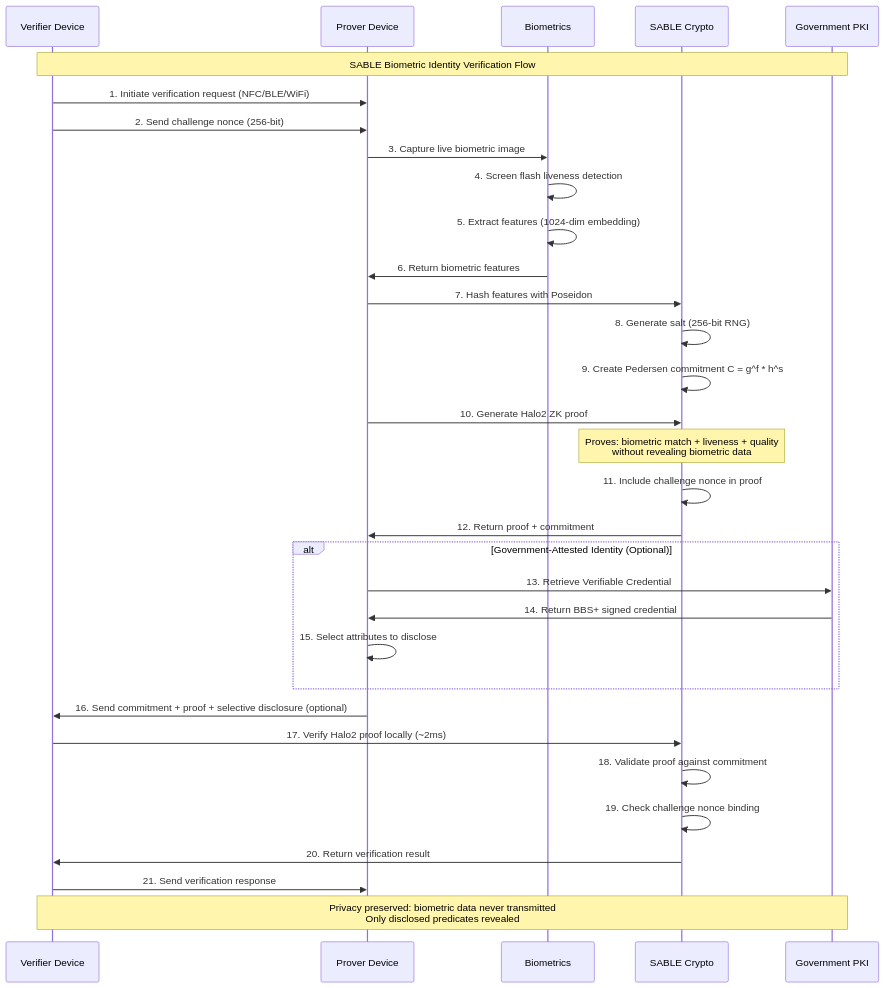
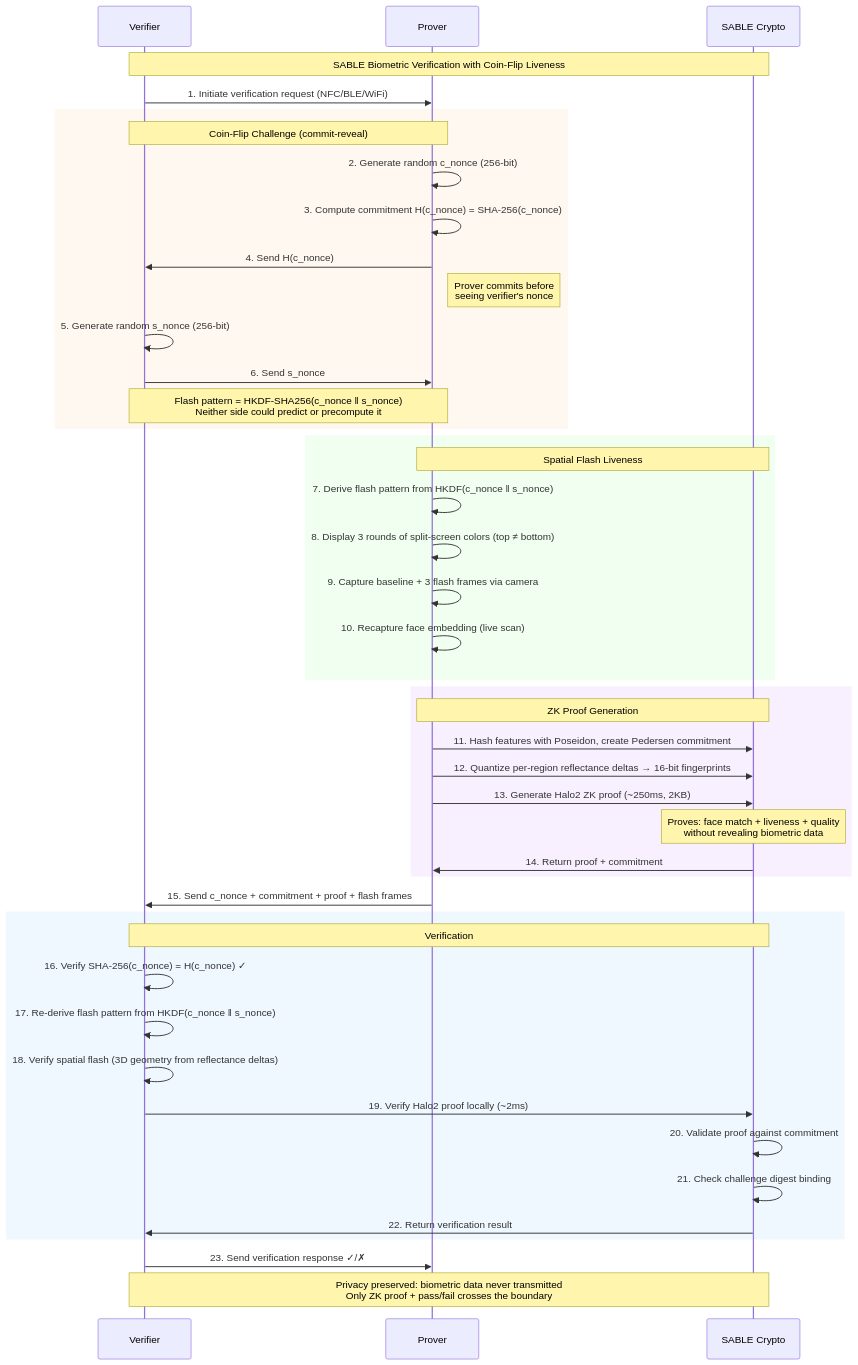
Before and after one commit to anuna-research/sable: the diagram in README.md, drawn with Mermaid. The commit also changed other lines of this file, not shown here.

Commit message:
docs: update README swimlanes to reflect coin-flip liveness protocol
Replace the generic single-nonce challenge flow with the actual
commit-reveal protocol: prover commits H(c_nonce) before seeing
s_nonce, both derive the flash pattern via HKDF, and the verifier
independently re-derives and checks the spatial flash response.

````diff
--- a/README.md
+++ b/README.md
@@ -208,43 +210,55 @@
 ```mermaid
 sequenceDiagram
-    participant V as Verifier Device
-    participant P as Prover Device
-    participant PB as Biometrics
+    participant V as Verifier
+    participant P as Prover
     participant SC as SABLE Crypto
-    participant PKI as Government PKI
 
-    Note over V,PKI: SABLE Biometric Identity Verification Flow
+    Note over V,SC: SABLE Biometric Verification with Coin-Flip Liveness
 
     V->>P: 1. Initiate verification request (NFC/BLE/WiFi)
-    V->>P: 2. Send challenge nonce (256-bit)
 
-    P->>PB: 3. Capture live biometric image
-    PB->>PB: 4. Screen flash liveness detection
-    PB->>PB: 5. Extract features (1024-dim embedding)
-    PB->>P: 6. Return biometric features
-
-    P->>SC: 7. Hash features with Poseidon
-    SC->>SC: 8. Generate salt (256-bit RNG)
-    SC->>SC: 9. Create Pedersen commitment C = g^f * h^s
-
-    P->>SC: 10. Generate Halo2 ZK proof
-    Note over SC: Proves: biometric match + liveness + quality<br/>without revealing biometric data
-    SC->>SC: 11. Include challenge nonce in proof
-    SC->>P: 12. Return proof + commitment
-
-    alt Government-Attested Identity (Optional)
-        P->>PKI: 13. Retrieve Verifiable Credential
-        PKI->>P: 14. Return BBS+ signed credential
-        P->>P: 15. Select attributes to disclose
+    rect rgb(255, 248, 240)
+    Note over V,P: Coin-Flip Challenge (commit-reveal)
+    P->>P: 2. Generate random c_nonce (256-bit)
+    P->>P: 3. Compute commitment H(c_nonce) = SHA-256(c_nonce)
+    P->>V: 4. Send H(c_nonce)
+    Note right of P: Prover commits before<br/>seeing verifier's nonce
+    V->>V: 5. Generate random s_nonce (256-bit)
+    V->>P: 6. Send s_nonce
+    Note over V,P: Flash pattern = HKDF-SHA256(c_nonce ‖ s_nonce)<br/>Neither side could predict or precompute it
     end
 
-    P->>V: 16. Send commitment + proof + selective disclosure (optional)
-    V->>SC: 17. Verify Halo2 proof locally (~2ms)
-    SC->>SC: 18. Validate proof against commitment
-    SC->>SC: 19. Check challenge nonce binding
-    SC->>V: 20. Return verification result
+    rect rgb(240, 255, 240)
+    Note over P,SC: Spatial Flash Liveness
+    P->>P: 7. Derive flash pattern from HKDF(c_nonce ‖ s_nonce)
+    P->>P: 8. Display 3 rounds of split-screen colors (top ≠ bottom)
+    P->>P: 9. Capture baseline + 3 flash frames via camera
+    P->>P: 10. Recapture face embedding (live scan)
+    end
 
-    V->>P: 21. Send verification response
+    rect rgb(248, 240, 255)
+    Note over P,SC: ZK Proof Generation
+    P->>SC: 11. Hash features with Poseidon, create Pedersen commitment
+    P->>SC: 12. Quantize per-region reflectance deltas → 16-bit fingerprints
+    P->>SC: 13. Generate Halo2 ZK proof (~250ms, 2KB)
+    Note over SC: Proves: face match + liveness + quality<br/>without revealing biometric data
+    SC->>P: 14. Return proof + commitment
+    end
 
-    Note over V,PKI: Privacy preserved: biometric data never transmitted<br/>Only disclosed predicates revealed
+    P->>V: 15. Send c_nonce + commitment + proof + flash frames
+
+    rect rgb(240, 248, 255)
+    Note over V,SC: Verification
+    V->>V: 16. Verify SHA-256(c_nonce) = H(c_nonce) ✓
+    V->>V: 17. Re-derive flash pattern from HKDF(c_nonce ‖ s_nonce)
+    V->>V: 18. Verify spatial flash (3D geometry from reflectance deltas)
+    V->>SC: 19. Verify Halo2 proof locally (~2ms)
+    SC->>SC: 20. Validate proof against commitment
+    SC->>SC: 21. Check challenge digest binding
+    SC->>V: 22. Return verification result
+    end
+
+    V->>P: 23. Send verification response ✓/✗
+
+    Note over V,SC: Privacy preserved: biometric data never transmitted<br/>Only ZK proof + pass/fail crosses the boundary
 ```
````
